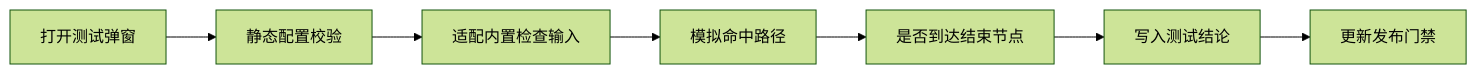
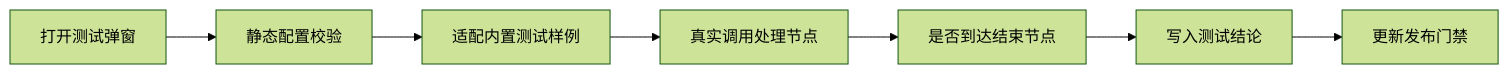
Before and after one commit to aruirage/IDP-workflow: the fourth of 4 diagrams in prototypes/kisoku-nintei/PRD.zh-CN.md, drawn with Mermaid (forest theme). The commit also changed other lines of this file and 9 other files, not shown here.

Commit message:
Update workflow test semantics and default HITL flow

````diff
--- a/prototypes/kisoku-nintei/PRD.zh-CN.md
+++ b/prototypes/kisoku-nintei/PRD.zh-CN.md
@@ -523,9 +523,9 @@
 ```mermaid
 flowchart LR
   open["打开测试弹窗"] --> staticCheck["静态配置校验"]
-  staticCheck --> adaptInput["适配内置检查输入"]
-  adaptInput --> simulate["模拟命中路径"]
-  simulate --> endReach["是否到达结束节点"]
+  staticCheck --> adaptInput["适配内置测试样例"]
+  adaptInput --> execute["真实调用处理节点"]
+  execute --> endReach["是否到达结束节点"]
   endReach --> result["写入测试结论"]
   result --> publishGate["更新发布门禁"]
 ```
````
